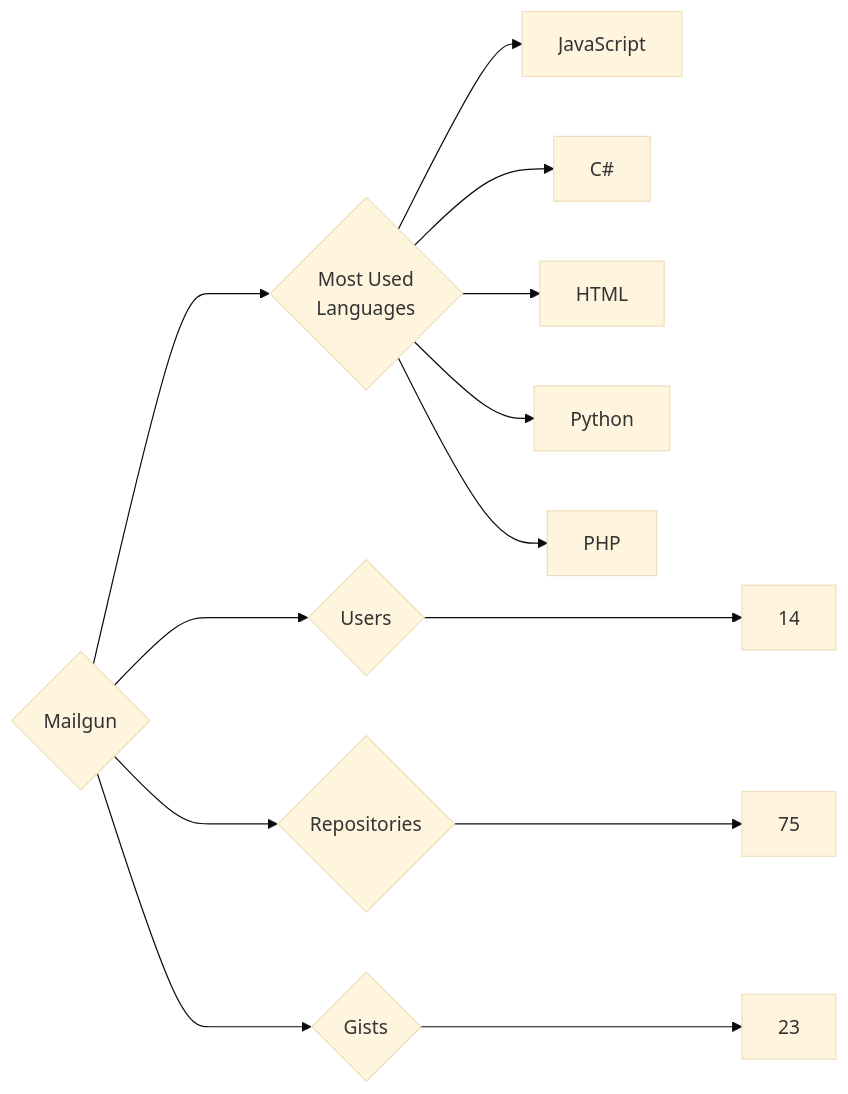
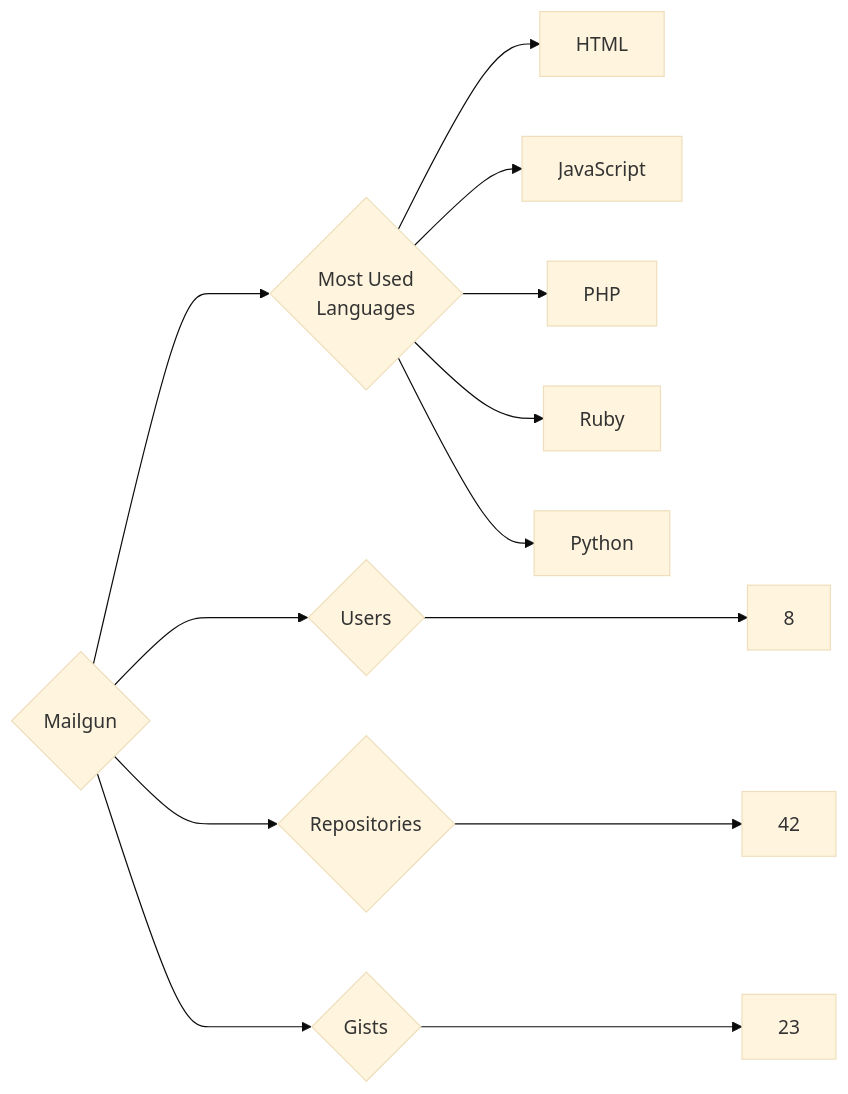
The diagram in targets/Mailgun/README.md (trickest/insiders), drawn with Mermaid (base theme) before and after one commit. The commit also changed 965 other files, not shown here.

````diff
--- a/targets/Mailgun/README.md
+++ b/targets/Mailgun/README.md
@@ -3,13 +3,13 @@
 ```mermaid
 graph LR
 COMPANY_NAME{Mailgun}
-COMPANY_NAME ---> U{Users} ---> UN[14]
-COMPANY_NAME ---> R{Repositories} ---> RN[75]
+COMPANY_NAME ---> U{Users} ---> UN[8]
+COMPANY_NAME ---> R{Repositories} ---> RN[42]
 COMPANY_NAME ---> G{Gists} ---> GN[23]
 COMPANY_NAME ---> ML{Most Used<br>Languages}
+ML --> HTML[HTML]
 ML --> JavaScript[JavaScript]
-ML --> C#[C#]
-ML --> HTML[HTML]
+ML --> PHP[PHP]
+ML --> Ruby[Ruby]
 ML --> Python[Python]
-ML --> PHP[PHP]
 ```
````
